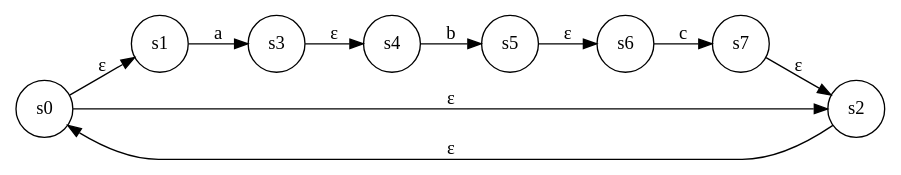
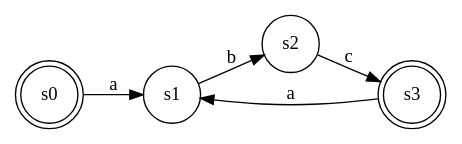
One commit to nano-go/regexcv changed the diagram in resources/nfa1.dot. Above: the diagram before and after it, drawn with Graphviz. The commit also changed 7 other files, not shown here.

```diff
--- a/resources/nfa1.dot
+++ b/resources/nfa1.dot
@@ -1,22 +1,13 @@
 digraph NFA{
 	rankdir=LR
 
-	s0 [shape=circle]
+	s0 [shape=doublecircle]
 	s1 [shape=circle]
 	s2 [shape=circle]
-	s3 [shape=circle]
-	s4 [shape=circle]
-	s5 [shape=circle]
-	s6 [shape=circle]
-	s7 [shape=circle]
+	s3 [shape=doublecircle]
 
-	s0 -> s1 [label="ε"]
-	s0 -> s2 [label="ε"]
-	s1 -> s3 [label="a"]
-	s2 -> s0 [label="ε"]
-	s3 -> s4 [label="ε"]
-	s4 -> s5 [label="b"]
-	s5 -> s6 [label="ε"]
-	s6 -> s7 [label="c"]
-	s7 -> s2 [label="ε"]
+	s0 -> s1 [label="a"]
+	s1 -> s2 [label="b"]
+	s2 -> s3 [label="c"]
+	s3 -> s1 [label="a"]
 }
```
